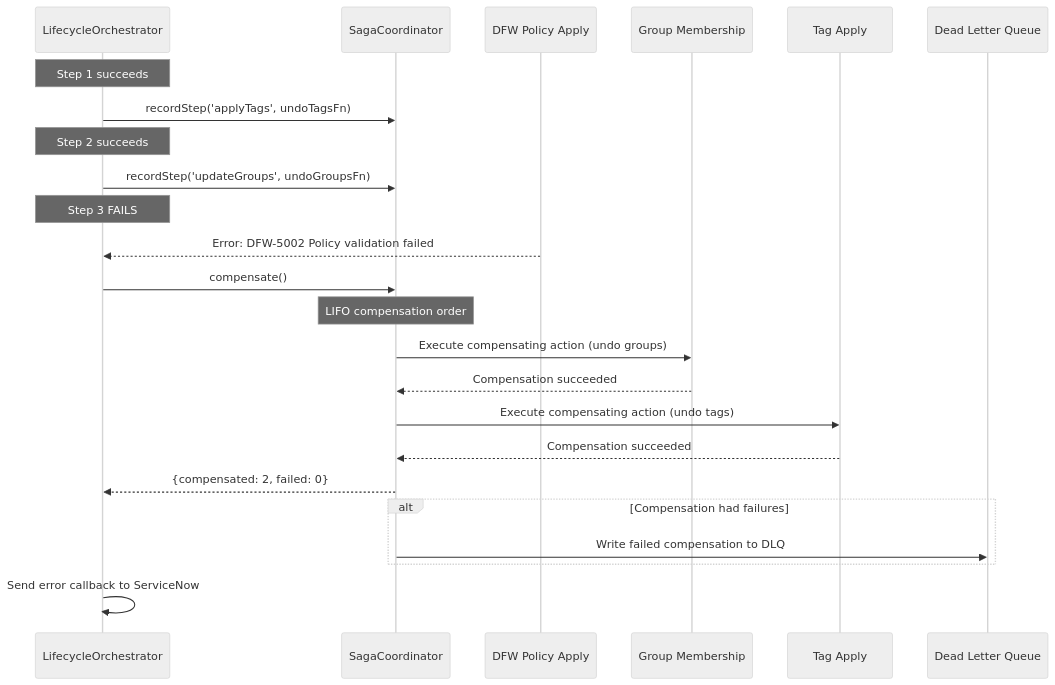
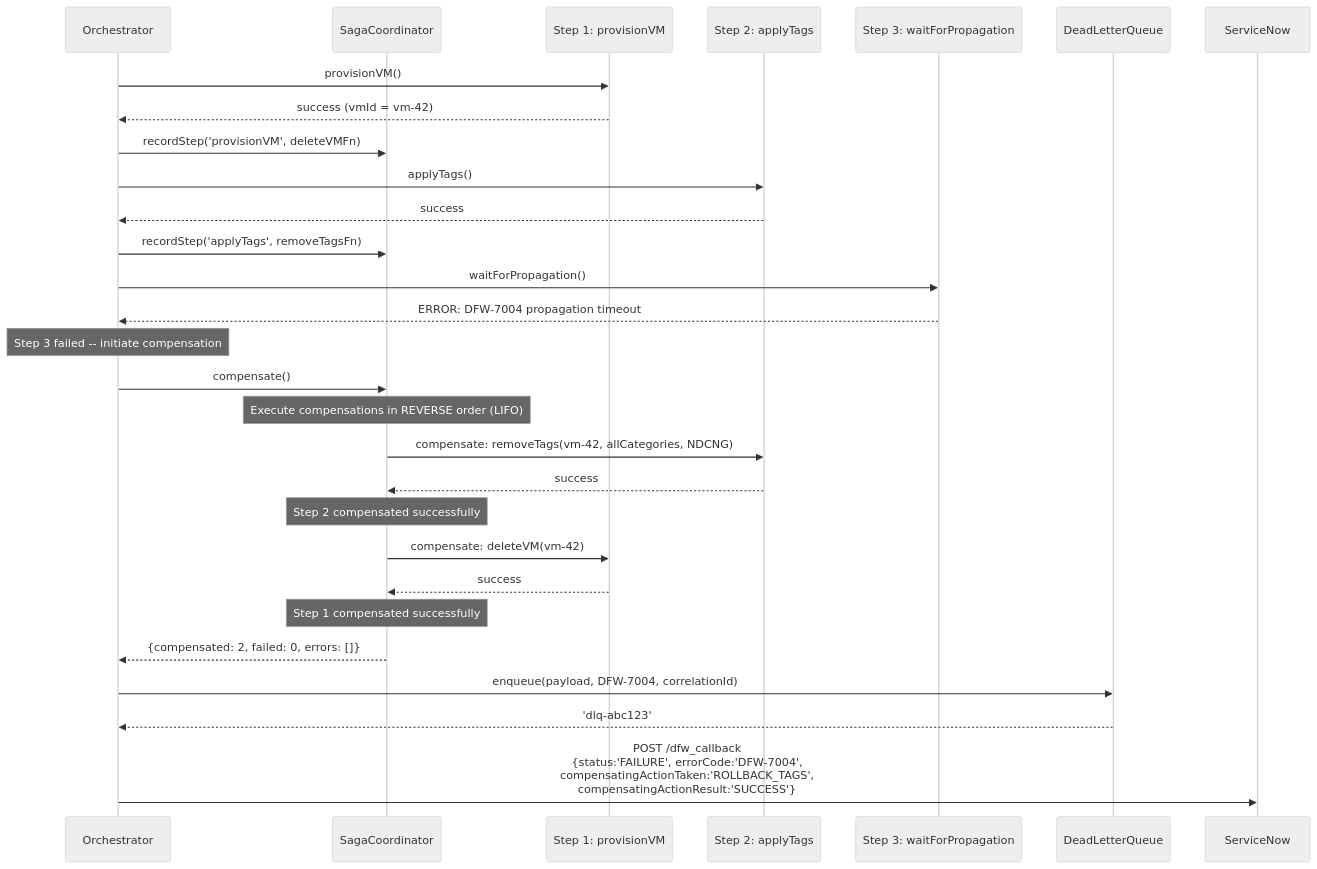
One commit to srikanth-nalam/dfw-automation-pipeline changed the fifth of 10 diagrams in docs/LLD.md. Above: the diagram before and after it, drawn with Mermaid (neutral theme). The commit also changed other lines of this file and 5 other files, not shown here.

First line of the commit message:
feat: update schemas, OpenAPI spec, and docs for production alignment

````diff
--- a/docs/LLD.md
+++ b/docs/LLD.md
@@ -420,35 +1109,41 @@
 ```mermaid
 sequenceDiagram
-    participant Orch as LifecycleOrchestrator
+    participant VRO as Orchestrator
     participant Saga as SagaCoordinator
-    participant Step3 as DFW Policy Apply
-    participant Step2 as Group Membership
-    participant Step1 as Tag Apply
-    participant DLQ as Dead Letter Queue
+    participant S1 as Step 1: provisionVM
+    participant S2 as Step 2: applyTags
+    participant S3 as Step 3: waitForPropagation
+    participant DLQ as DeadLetterQueue
+    participant SNOW as ServiceNow
 
-    Note over Orch: Step 1 succeeds
-    Orch->>Saga: recordStep('applyTags', undoTagsFn)
+    VRO->>S1: provisionVM()
+    S1-->>VRO: success (vmId = vm-42)
+    VRO->>Saga: recordStep('provisionVM', deleteVMFn)
 
-    Note over Orch: Step 2 succeeds
-    Orch->>Saga: recordStep('updateGroups', undoGroupsFn)
+    VRO->>S2: applyTags()
+    S2-->>VRO: success
+    VRO->>Saga: recordStep('applyTags', removeTagsFn)
 
-    Note over Orch: Step 3 FAILS
-    Step3-->>Orch: Error: DFW-5002 Policy validation failed
+    VRO->>S3: waitForPropagation()
+    S3-->>VRO: ERROR: DFW-7004 propagation timeout
 
-    Orch->>Saga: compensate()
+    Note over VRO: Step 3 failed -- initiate compensation
 
-    Note over Saga: LIFO compensation order
-    Saga->>Step2: Execute compensating action (undo groups)
-    Step2-->>Saga: Compensation succeeded
+    VRO->>Saga: compensate()
+    Note over Saga: Execute compensations in REVERSE order (LIFO)
 
-    Saga->>Step1: Execute compensating action (undo tags)
-    Step1-->>Saga: Compensation succeeded
+    Saga->>S2: compensate: removeTags(vm-42, allCategories, NDCNG)
+    S2-->>Saga: success
+    Note over Saga: Step 2 compensated successfully
 
-    Saga-->>Orch: {compensated: 2, failed: 0}
+    Saga->>S1: compensate: deleteVM(vm-42)
+    S1-->>Saga: success
+    Note over Saga: Step 1 compensated successfully
 
-    alt Compensation had failures
-        Saga->>DLQ: Write failed compensation to DLQ
-    end
+    Saga-->>VRO: {compensated: 2, failed: 0, errors: []}
 
-    Orch->>Orch: Send error callback to ServiceNow
+    VRO->>DLQ: enqueue(payload, DFW-7004, correlationId)
+    DLQ-->>VRO: 'dlq-abc123'
+
+    VRO->>SNOW: POST /dfw_callback<br/>{status:'FAILURE', errorCode:'DFW-7004',<br/>compensatingActionTaken:'ROLLBACK_TAGS',<br/>compensatingActionResult:'SUCCESS'}
 ```
````
